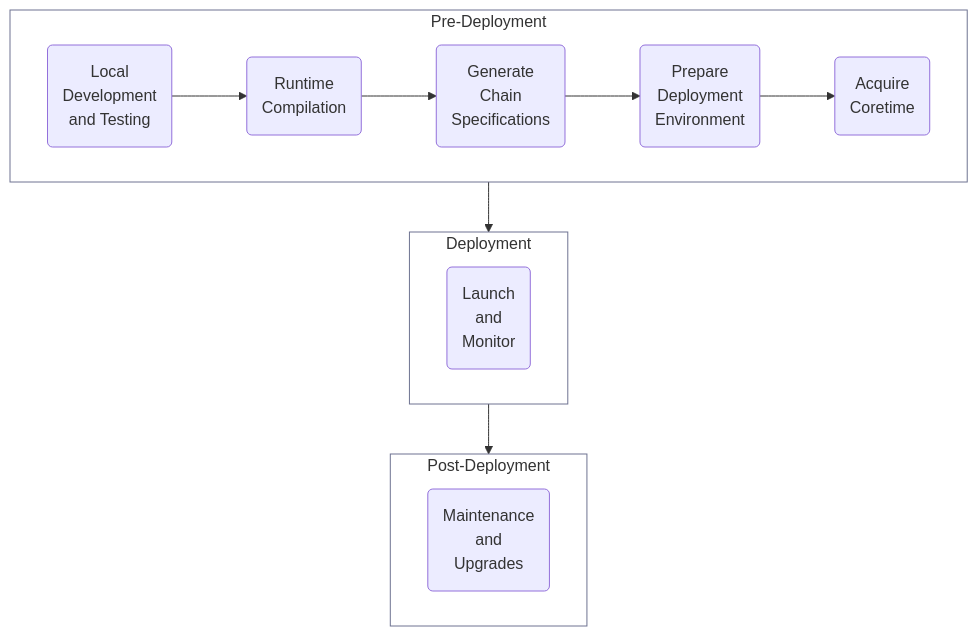
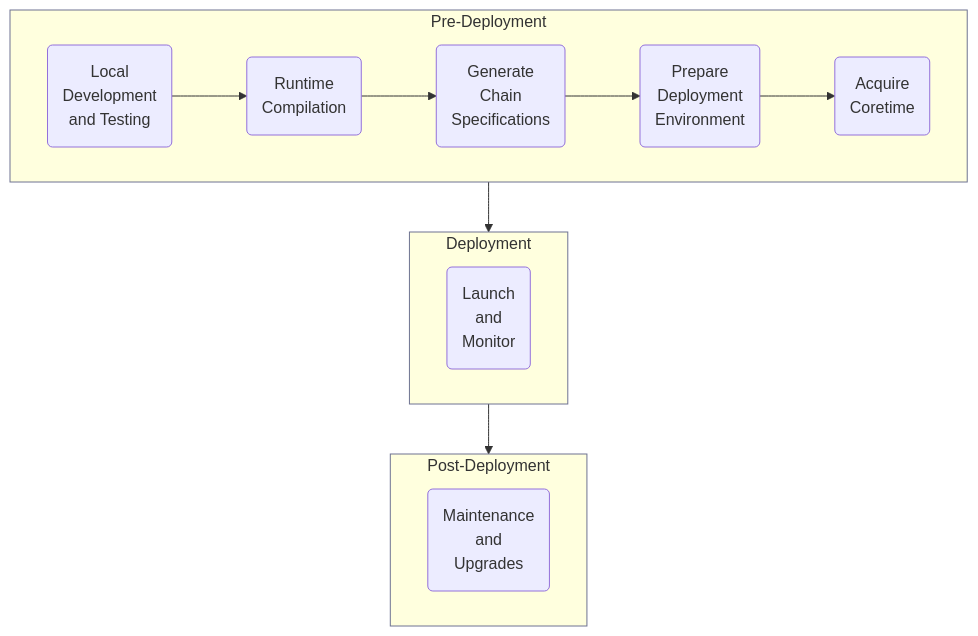
One commit to polkadot-developers/polkadot-docs changed the diagram in develop/parachains/deployment/index.md. Above: the diagram before and after it, drawn with Mermaid.

````diff
--- a/develop/parachains/deployment/index.md
+++ b/develop/parachains/deployment/index.md
@@ -17,30 +17,30 @@
 ```mermaid
 flowchart TD
     %% Group 1: Pre-Deployment
     subgraph group1 [Pre-Deployment]
         direction LR
         A("Local <br>Development <br>and Testing") --> B("Runtime <br>Compilation")
         B --> C("Generate <br>Chain <br>Specifications")
         C --> D("Prepare <br>Deployment <br>Environment")
         D --> E("Acquire <br>Coretime")
     end
     
     %% Group 2: Deployment
     subgraph group2 [Deployment]
         F("Launch <br>and <br>Monitor")
     end
 
     %% Group 3: Post-Deployment
     subgraph group3 [Post-Deployment]
         G("Maintenance <br>and <br>Upgrades")
     end
 
     %% Connections Between Groups
     group1 --> group2
     group2 --> group3
 
     %% Styling
-    style group1 fill:transparent,stroke:#6e7391,stroke-width:1px
-    style group2 fill:transparent,stroke:#6e7391,stroke-width:1px
-    style group3 fill:transparent,stroke:#6e7391,stroke-width:1px
+    style group1 stroke:#6e7391,stroke-width:1px
+    style group2 stroke:#6e7391,stroke-width:1px
+    style group3 stroke:#6e7391,stroke-width:1px
 ```
````
